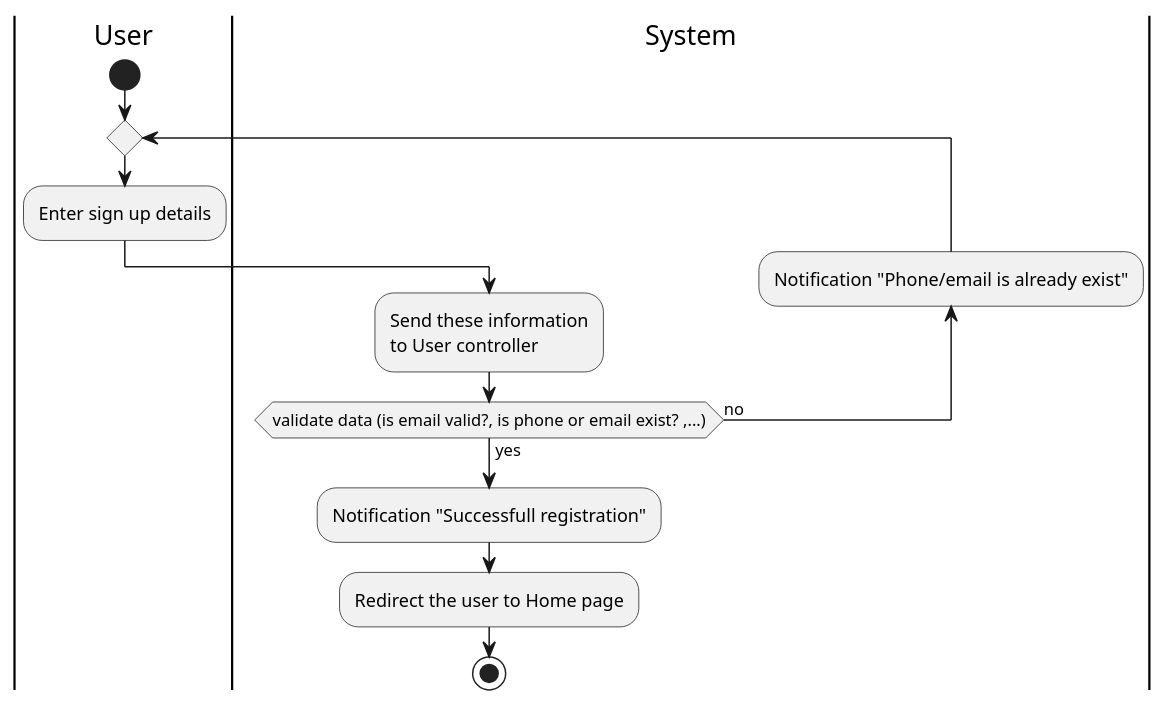
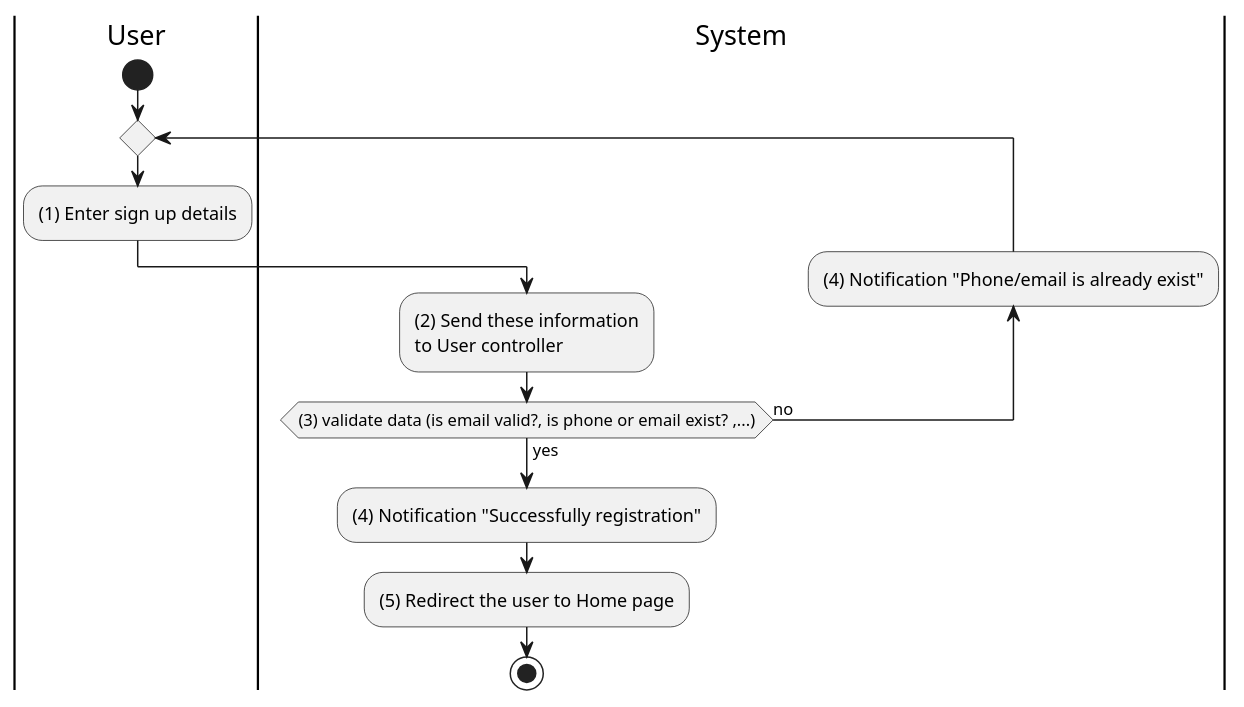
Before and after one commit to doublek2712/SE357-Pratice-class: the diagram in Lab 1.2/puml-code/activity/sign-up.puml, drawn with PlantUML. The commit also changed 3 other files, not shown here.

```diff
--- a/Lab 1.2/puml-code/activity/sign-up.puml
+++ b/Lab 1.2/puml-code/activity/sign-up.puml
@@ -1,14 +1,14 @@
 @startuml
 |User|
 start
 repeat 
-:Enter sign up details;
+:(1) Enter sign up details;
 |System|
-:Send these information 
+:(2) Send these information
 to User controller;
-backward:Notification "Phone/email is already exist";
-repeat while (validate data (is email valid?, is phone or email exist? ,...)) is (no) not (yes)
-:Notification "Successfull registration";
-:Redirect the user to Home page;
+backward:(4) Notification "Phone/email is already exist";
+repeat while ((3) validate data (is email valid?, is phone or email exist? ,...)) is (no) not (yes)
+:(4) Notification "Successfully registration";
+:(5) Redirect the user to Home page;
 stop
 @enduml
```
